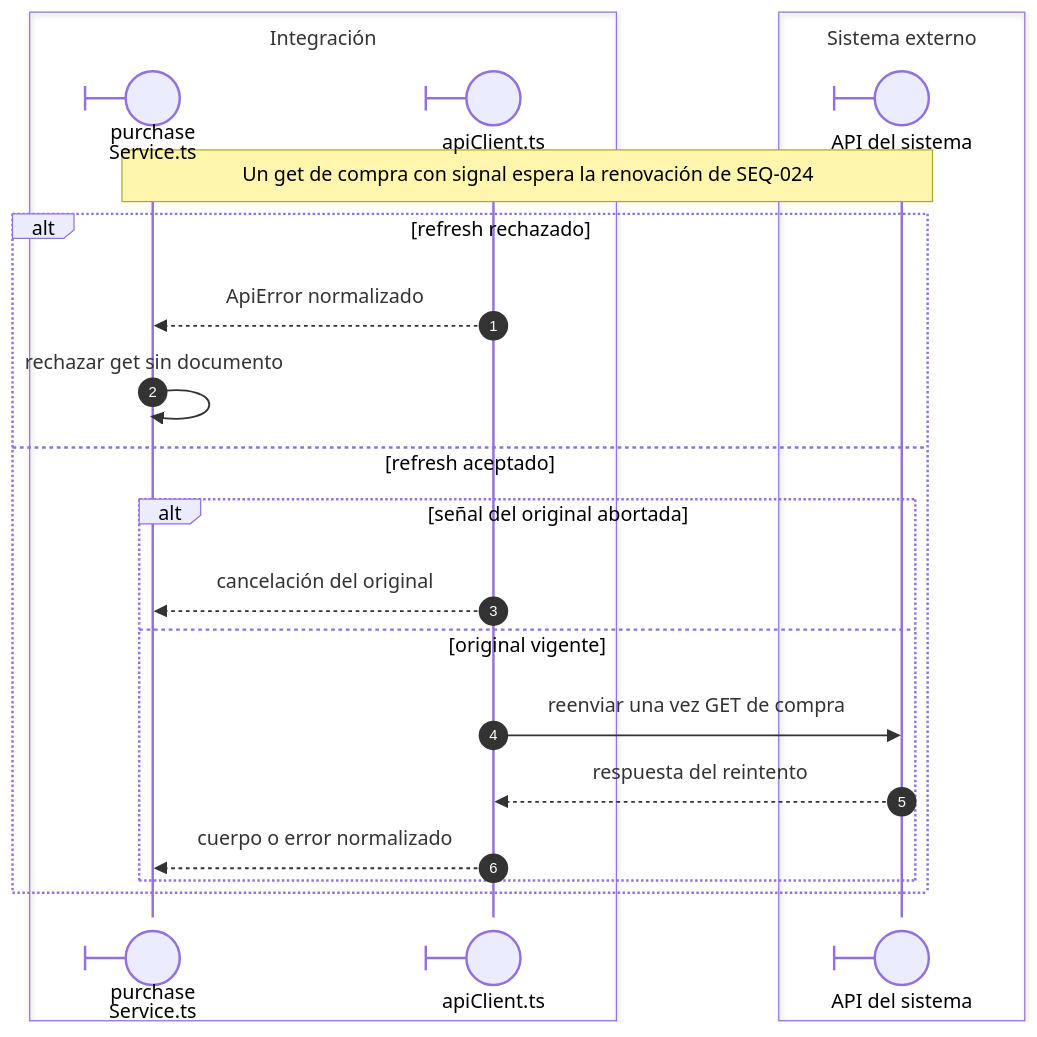
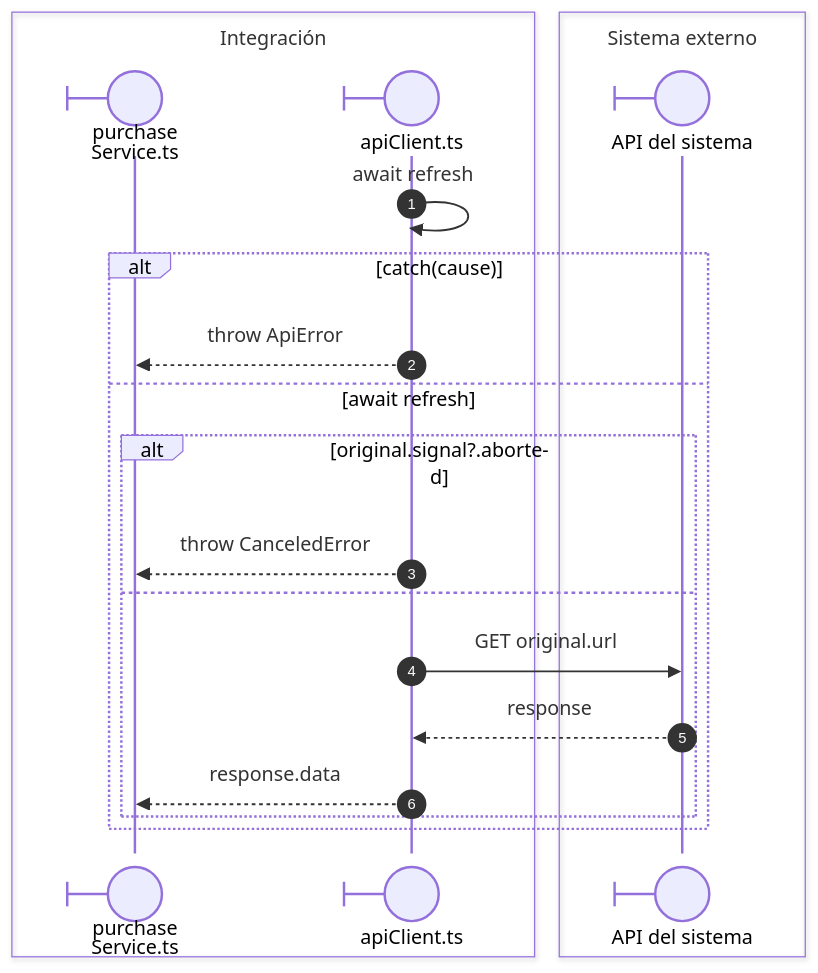
Before and after one commit to gpgsistemas01/nexus: the second of 2 diagrams in front/docs/architecture/views/processes/01-session/04-concurrent-renewal.md, drawn with Mermaid. The commit also changed other lines of this file and 43 other files, not shown here.

````diff
--- a/front/docs/architecture/views/processes/01-session/04-concurrent-renewal.md
+++ b/front/docs/architecture/views/processes/01-session/04-concurrent-renewal.md
@@ -41,24 +34,23 @@
 ```mermaid
 sequenceDiagram
     autonumber
     box Integración
     participant Owner@{ "type": "boundary" } as purchase<br/>Service.ts
     participant HTTP@{ "type": "boundary" } as apiClient.ts
     end
     box Sistema externo
     participant API@{ "type": "boundary" } as API del sistema
     end
-    Note over Owner,API: Un get de compra con signal espera la renovación de SEQ-024
-    alt refresh rechazado
-        HTTP-->>Owner: ApiError normalizado
-        Owner->>Owner: rechazar get sin documento
-    else refresh aceptado
-        alt señal del original abortada
-            HTTP-->>Owner: cancelación del original
-        else original vigente
-            HTTP->>API: reenviar una vez GET de compra
-            API-->>HTTP: respuesta del reintento
-            HTTP-->>Owner: cuerpo o error normalizado
+    HTTP->>HTTP: nowrap: await refresh
+    alt nowrap: catch(cause)
+        HTTP-->>Owner: nowrap: throw ApiError
+    else nowrap: await refresh
+        alt nowrap: original.signal?.aborted
+            HTTP-->>Owner: nowrap: throw CanceledError
+        else
+            HTTP->>API: nowrap: GET original.url
+            API-->>HTTP: nowrap: response
+            HTTP-->>Owner: nowrap: response.data
         end
     end
 ```
````
